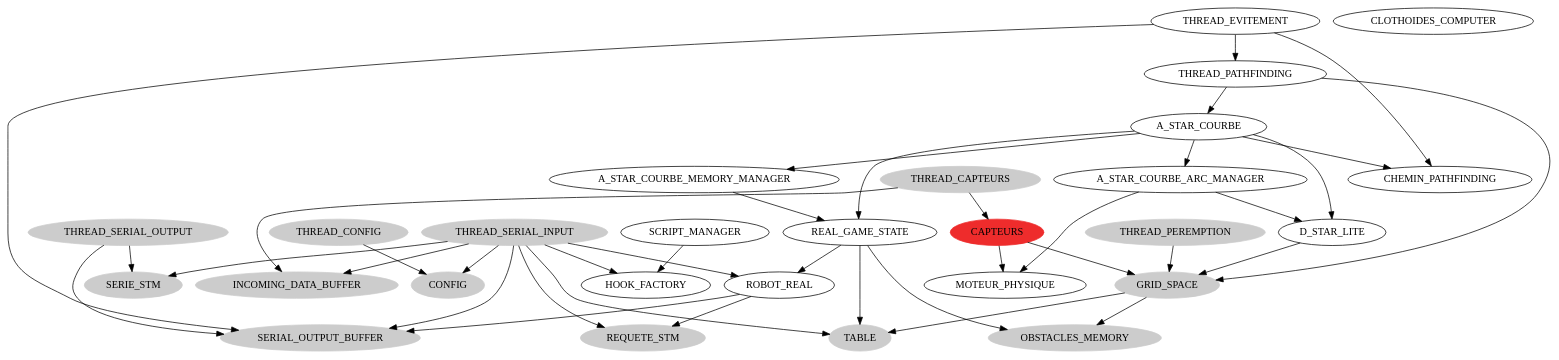
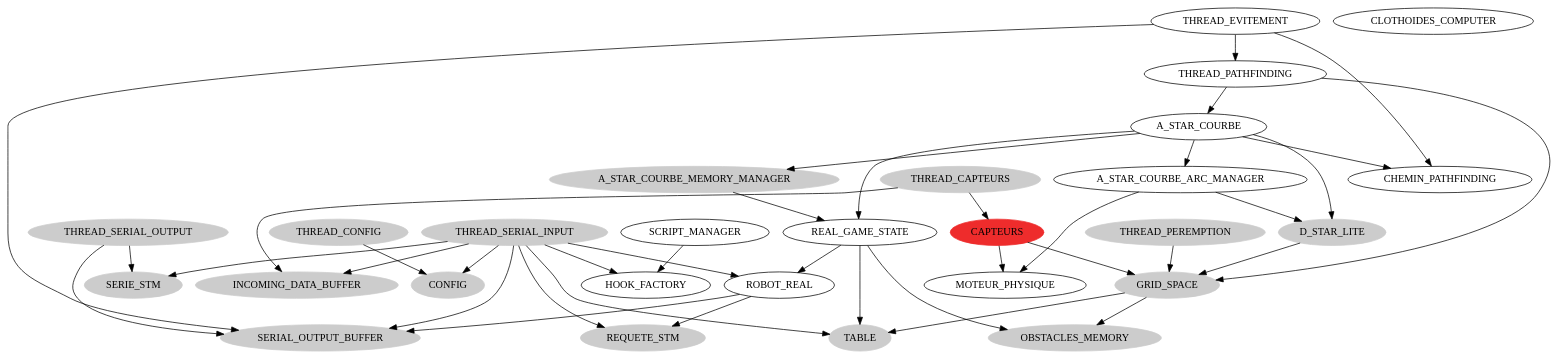
The diagram in pc/dependances.dot (INTechSenpai/moon-rover), drawn with Graphviz before and after one commit. The commit also changed 14 other files, not shown here.

```diff
--- a/pc/dependances.dot
+++ b/pc/dependances.dot
@@ -1,120 +1,120 @@
 digraph dependancesJava {
 CONFIG [color=grey80, style=filled];
 THREAD_SERIAL_INPUT [color=grey80, style=filled];
 CONFIG [color=grey80, style=filled];
 THREAD_SERIAL_INPUT -> CONFIG;
 SERIE_STM [color=grey80, style=filled];
 THREAD_SERIAL_INPUT -> SERIE_STM;
 INCOMING_DATA_BUFFER [color=grey80, style=filled];
 THREAD_SERIAL_INPUT -> INCOMING_DATA_BUFFER;
 REQUETE_STM [color=grey80, style=filled];
 THREAD_SERIAL_INPUT -> REQUETE_STM;
 ROBOT_REAL;
 THREAD_SERIAL_INPUT -> ROBOT_REAL;
 SERIAL_OUTPUT_BUFFER [color=grey80, style=filled];
 ROBOT_REAL -> SERIAL_OUTPUT_BUFFER;
 REQUETE_STM [color=grey80, style=filled];
 ROBOT_REAL -> REQUETE_STM;
 TABLE [color=grey80, style=filled];
 THREAD_SERIAL_INPUT -> TABLE;
 HOOK_FACTORY;
 THREAD_SERIAL_INPUT -> HOOK_FACTORY;
 SERIAL_OUTPUT_BUFFER [color=grey80, style=filled];
 THREAD_SERIAL_INPUT -> SERIAL_OUTPUT_BUFFER;
 THREAD_SERIAL_OUTPUT [color=grey80, style=filled];
 SERIE_STM [color=grey80, style=filled];
 THREAD_SERIAL_OUTPUT -> SERIE_STM;
 SERIAL_OUTPUT_BUFFER [color=grey80, style=filled];
 THREAD_SERIAL_OUTPUT -> SERIAL_OUTPUT_BUFFER;
 THREAD_CONFIG [color=grey80, style=filled];
 CONFIG [color=grey80, style=filled];
 THREAD_CONFIG -> CONFIG;
 THREAD_PEREMPTION [color=grey80, style=filled];
 GRID_SPACE [color=grey80, style=filled];
 THREAD_PEREMPTION -> GRID_SPACE;
 OBSTACLES_MEMORY [color=grey80, style=filled];
 GRID_SPACE -> OBSTACLES_MEMORY;
 TABLE [color=grey80, style=filled];
 GRID_SPACE -> TABLE;
 THREAD_EVITEMENT;
 THREAD_PATHFINDING;
 THREAD_EVITEMENT -> THREAD_PATHFINDING;
 A_STAR_COURBE;
 THREAD_PATHFINDING -> A_STAR_COURBE;
-D_STAR_LITE;
+D_STAR_LITE [color=grey80, style=filled];
 A_STAR_COURBE -> D_STAR_LITE;
 GRID_SPACE [color=grey80, style=filled];
 D_STAR_LITE -> GRID_SPACE;
 A_STAR_COURBE_ARC_MANAGER;
 A_STAR_COURBE -> A_STAR_COURBE_ARC_MANAGER;
 MOTEUR_PHYSIQUE;
 A_STAR_COURBE_ARC_MANAGER -> MOTEUR_PHYSIQUE;
-D_STAR_LITE;
+D_STAR_LITE [color=grey80, style=filled];
 A_STAR_COURBE_ARC_MANAGER -> D_STAR_LITE;
 REAL_GAME_STATE;
 A_STAR_COURBE -> REAL_GAME_STATE;
 ROBOT_REAL;
 REAL_GAME_STATE -> ROBOT_REAL;
 OBSTACLES_MEMORY [color=grey80, style=filled];
 REAL_GAME_STATE -> OBSTACLES_MEMORY;
 TABLE [color=grey80, style=filled];
 REAL_GAME_STATE -> TABLE;
 CHEMIN_PATHFINDING;
 A_STAR_COURBE -> CHEMIN_PATHFINDING;
-A_STAR_COURBE_MEMORY_MANAGER;
+A_STAR_COURBE_MEMORY_MANAGER [color=grey80, style=filled];
 A_STAR_COURBE -> A_STAR_COURBE_MEMORY_MANAGER;
 REAL_GAME_STATE;
 A_STAR_COURBE_MEMORY_MANAGER -> REAL_GAME_STATE;
 GRID_SPACE [color=grey80, style=filled];
 THREAD_PATHFINDING -> GRID_SPACE;
 SERIAL_OUTPUT_BUFFER [color=grey80, style=filled];
 THREAD_EVITEMENT -> SERIAL_OUTPUT_BUFFER;
 CHEMIN_PATHFINDING;
 THREAD_EVITEMENT -> CHEMIN_PATHFINDING;
 THREAD_PATHFINDING;
 THREAD_CAPTEURS [color=grey80, style=filled];
 INCOMING_DATA_BUFFER [color=grey80, style=filled];
 THREAD_CAPTEURS -> INCOMING_DATA_BUFFER;
 CAPTEURS [color=firebrick2, style=filled];
 THREAD_CAPTEURS -> CAPTEURS;
 GRID_SPACE [color=grey80, style=filled];
 CAPTEURS -> GRID_SPACE;
 MOTEUR_PHYSIQUE;
 CAPTEURS -> MOTEUR_PHYSIQUE;
 CONFIG [color=grey80, style=filled];
 TABLE [color=grey80, style=filled];
 CAPTEURS [color=firebrick2, style=filled];
 ROBOT_REAL;
 HOOK_FACTORY;
 REAL_GAME_STATE;
 SCRIPT_MANAGER;
 HOOK_FACTORY;
 SCRIPT_MANAGER -> HOOK_FACTORY;
 SERIE_STM [color=grey80, style=filled];
-D_STAR_LITE;
+D_STAR_LITE [color=grey80, style=filled];
 GRID_SPACE [color=grey80, style=filled];
 A_STAR_COURBE;
-A_STAR_COURBE_MEMORY_MANAGER;
+A_STAR_COURBE_MEMORY_MANAGER [color=grey80, style=filled];
 A_STAR_COURBE_ARC_MANAGER;
 CHEMIN_PATHFINDING;
 INCOMING_DATA_BUFFER [color=grey80, style=filled];
 SERIAL_OUTPUT_BUFFER [color=grey80, style=filled];
 REQUETE_STM [color=grey80, style=filled];
 MOTEUR_PHYSIQUE;
 OBSTACLES_MEMORY [color=grey80, style=filled];
 CLOTHOIDES_COMPUTER;
 THREAD_SERIAL_INPUT [color=grey80, style=filled];
 THREAD_SERIAL_OUTPUT [color=grey80, style=filled];
 THREAD_CONFIG [color=grey80, style=filled];
 THREAD_PEREMPTION [color=grey80, style=filled];
 THREAD_EVITEMENT;
 THREAD_PATHFINDING;
 THREAD_CAPTEURS [color=grey80, style=filled];
 THREAD_SERIAL_INPUT [color=grey80, style=filled];
 THREAD_SERIAL_OUTPUT [color=grey80, style=filled];
 THREAD_CONFIG [color=grey80, style=filled];
 THREAD_PEREMPTION [color=grey80, style=filled];
 THREAD_EVITEMENT;
 THREAD_PATHFINDING;
 THREAD_CAPTEURS [color=grey80, style=filled];
 }
```
